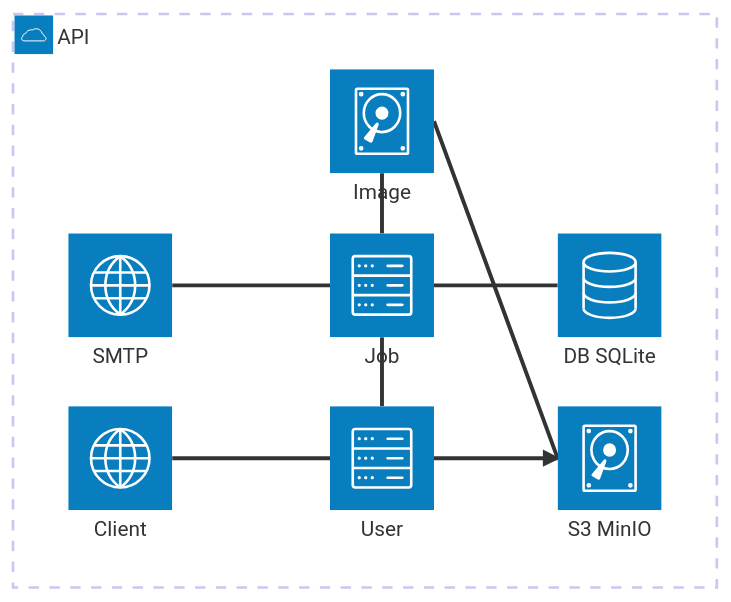
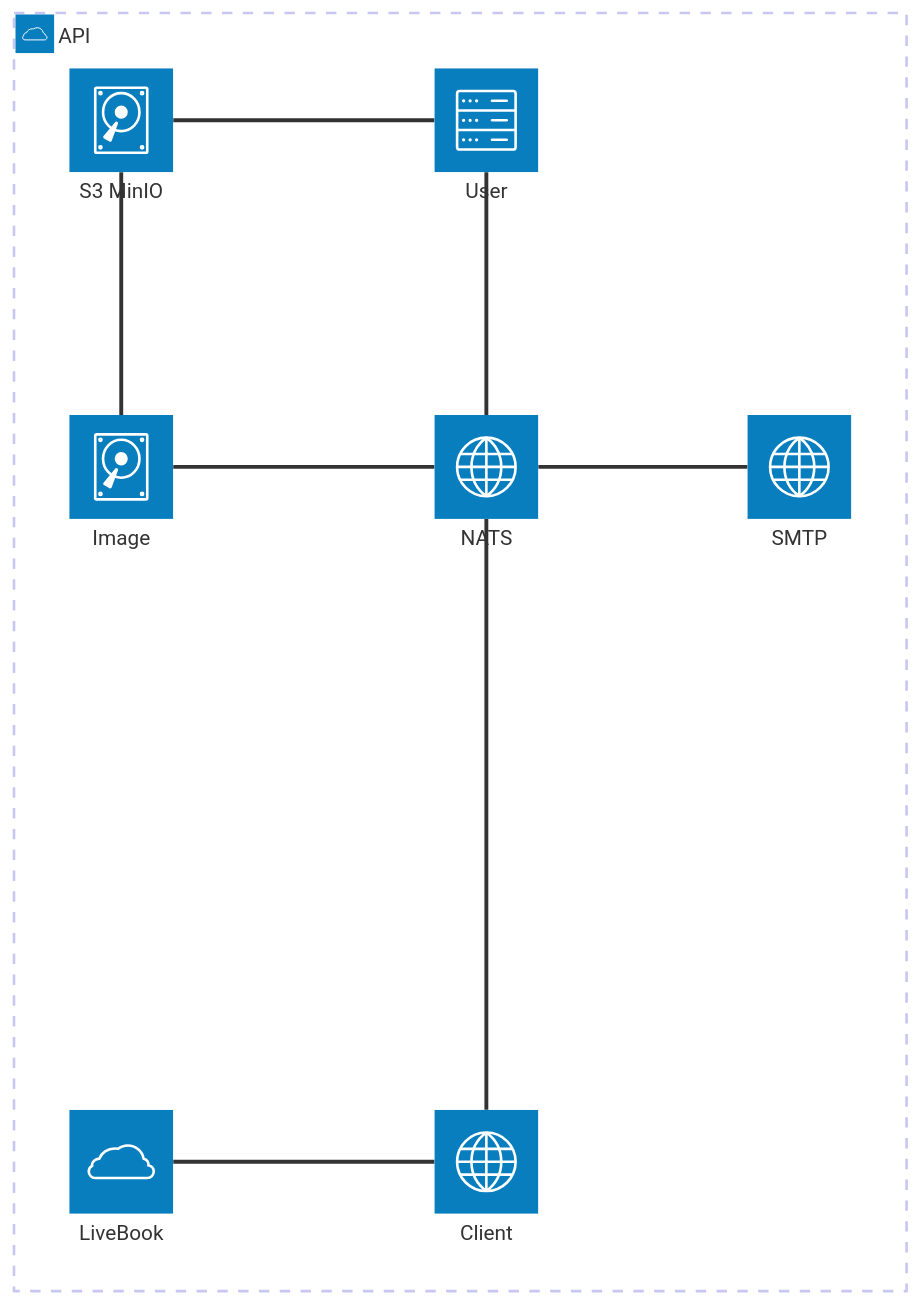
Before and after one commit to dwyl/learn-elixir-microservices-with-natsio-and-opentelemetry: the first of 10 diagrams in README.md, drawn with Mermaid. The commit also changed other lines of this file and 90 other files, not shown here.

````diff
--- a/README.md
+++ b/README.md
@@ -646,19 +700,19 @@
 ```mermaid
 architecture-beta
+    service lvb(cloud)[LiveBook]
     group api(cloud)[API]
+    service nats(internet)[NATS] in api
     service client(internet)[Client] in api
     service s3(disk)[S3 MinIO] in api
     service user(server)[User] in api
-    service job(server)[Job] in api
-    service db(database)[DB SQLite] in api
     service email(internet)[SMTP] in api
     service image(disk)[Image] in api
 
-    client:R -- L:user
-    image:R --> L:s3
-    job:B -- T:user
-    email:R -- L:job
-    image:B -- T:job
-    db:L -- R:job
-    user:R -- L:s3
+    lvb:R -- L:client
+    client:T -- B:nats
+    image:R -- L:nats
+    email:L -- R:nats
+    nats:T -- B:user
+    s3:R -- L:user
+    image:T -- B:s3
 ```
````
